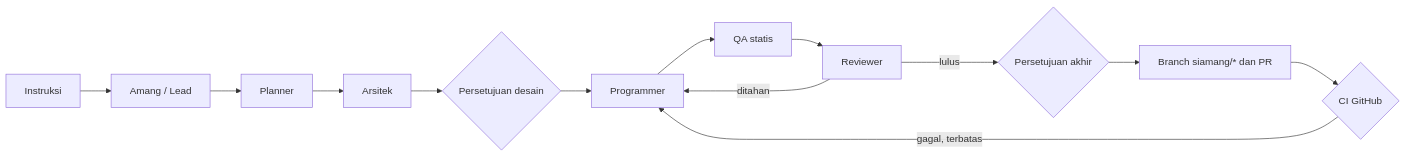
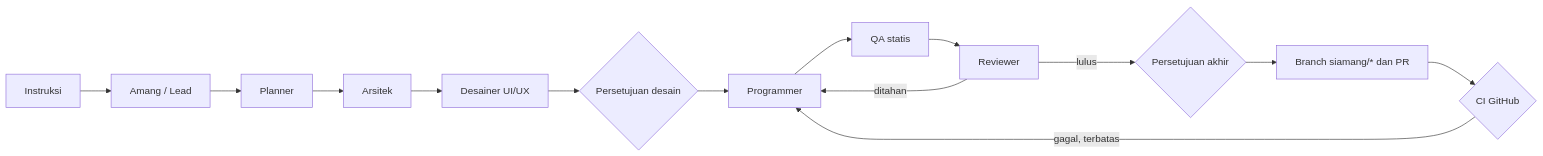
Before and after one commit to Rafie93/siamang-ai: the diagram in README_ID.md, drawn with Mermaid. The commit also changed other lines of this file and 35 other files, not shown here.

First line of the commit message:
Designer (UI/UX) agent between the Architect and the design gate

````diff
--- a/README_ID.md
+++ b/README_ID.md
@@ -81,13 +81,13 @@
 ```mermaid
 flowchart LR
   T[Instruksi] --> L[Amang / Lead]
-  L --> P[Planner] --> A[Arsitek]
-  A --> G1{Persetujuan desain}
+  L --> P[Planner] --> A[Arsitek] --> D[Desainer UI/UX]
+  D --> G1{Persetujuan desain}
   G1 --> C[Programmer]
   C --> Q[QA statis] --> R[Reviewer]
   R -->|ditahan| C
   R -->|lulus| G2{Persetujuan akhir}
   G2 --> PR["Branch siamang/* dan PR"]
   PR --> CI{CI GitHub}
   CI -->|gagal, terbatas| C
 ```
````
